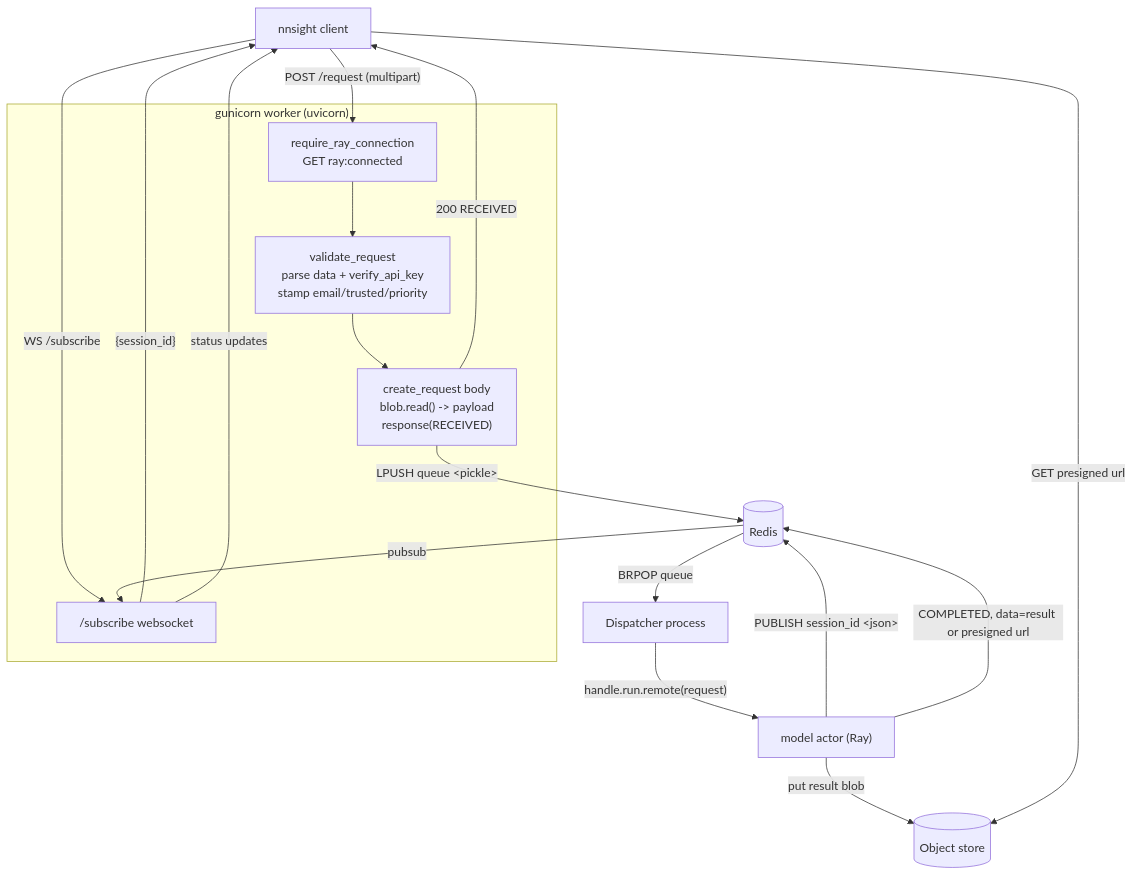
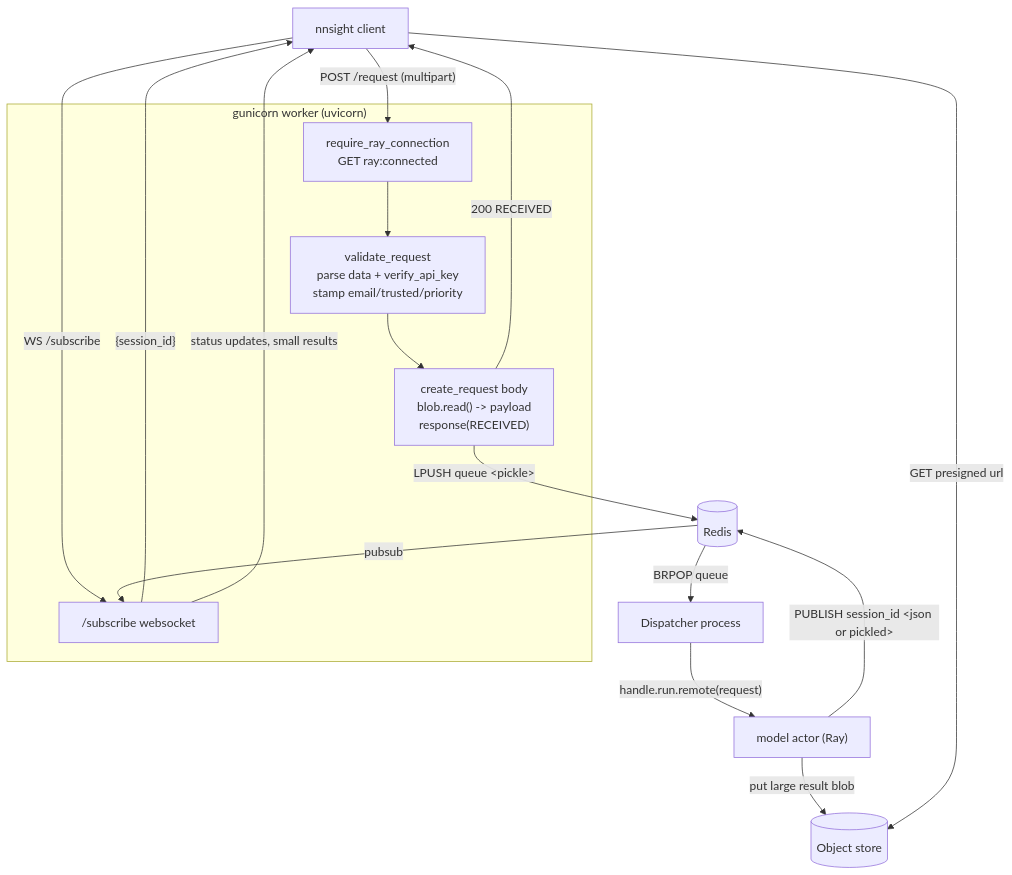
Before and after one commit to ndif-team/ndif: the diagram in docs/developing/api-service.md, drawn with Mermaid. The commit also changed other lines of this file and 19 other files, not shown here.

````diff
--- a/docs/developing/api-service.md
+++ b/docs/developing/api-service.md
@@ -198,27 +186,26 @@
 ```mermaid
 flowchart TB
   C["nnsight client"]
   subgraph W["gunicorn worker (uvicorn)"]
     D1["require_ray_connection<br/>GET ray:connected"]
     D2["validate_request<br/>parse data + verify_api_key<br/>stamp email/trusted/priority"]
     B["create_request body<br/>blob.read() -> payload<br/>response(RECEIVED)"]
     S["/subscribe websocket"]
   end
   R[("Redis")]
   DP["Dispatcher process"]
   MA["model actor (Ray)"]
   OS[("Object store")]
 
   C -- "WS /subscribe" --> S
   S -- "{session_id}" --> C
   C -- "POST /request (multipart)" --> D1 --> D2 --> B
   B -- "LPUSH queue &lt;pickle&gt;" --> R
   B -- "200 RECEIVED" --> C
   R -- "BRPOP queue" --> DP
   DP -- "handle.run.remote(request)" --> MA
-  MA -- "PUBLISH session_id &lt;json&gt;" --> R
-  R -- pubsub --> S -- "status updates" --> C
-  MA -- "put result blob" --> OS
-  MA -- "COMPLETED, data=result or presigned url" --> R
+  MA -- "PUBLISH session_id &lt;json or pickled&gt;" --> R
+  R -- pubsub --> S -- "status updates, small results" --> C
+  MA -- "put large result blob" --> OS
   C -- "GET presigned url" --> OS
 ```
````
